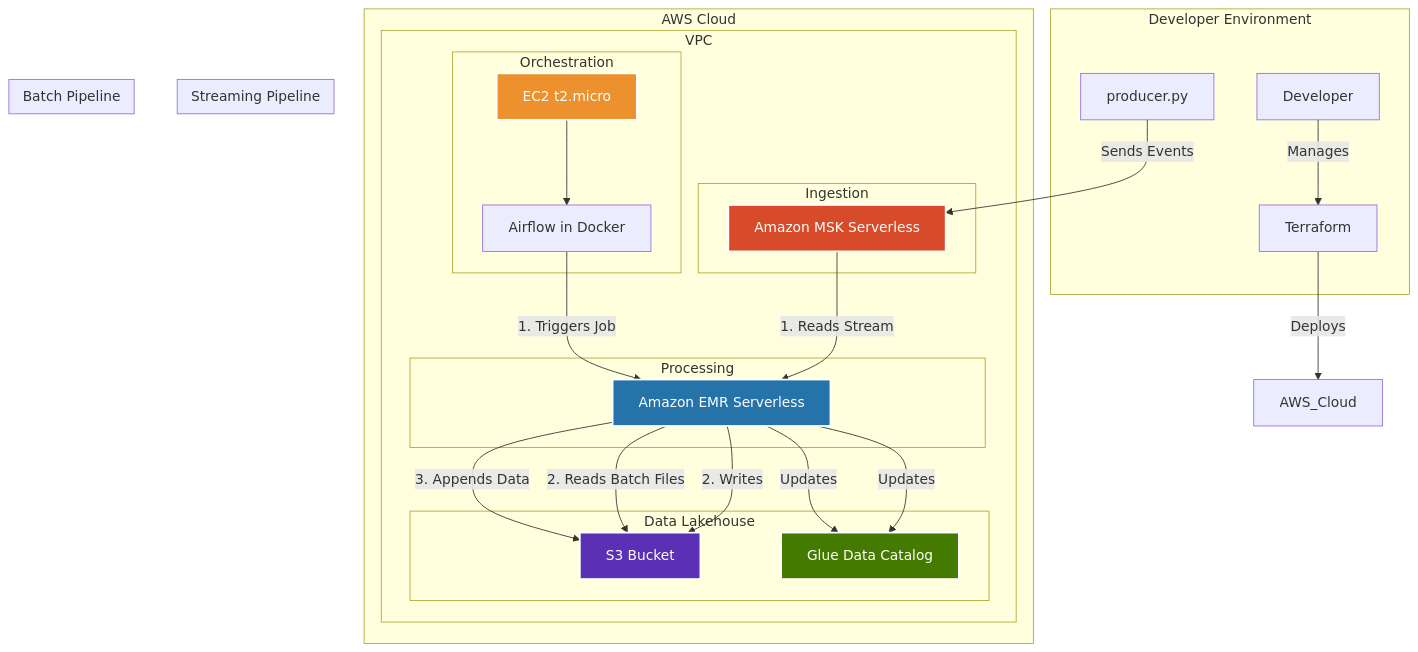
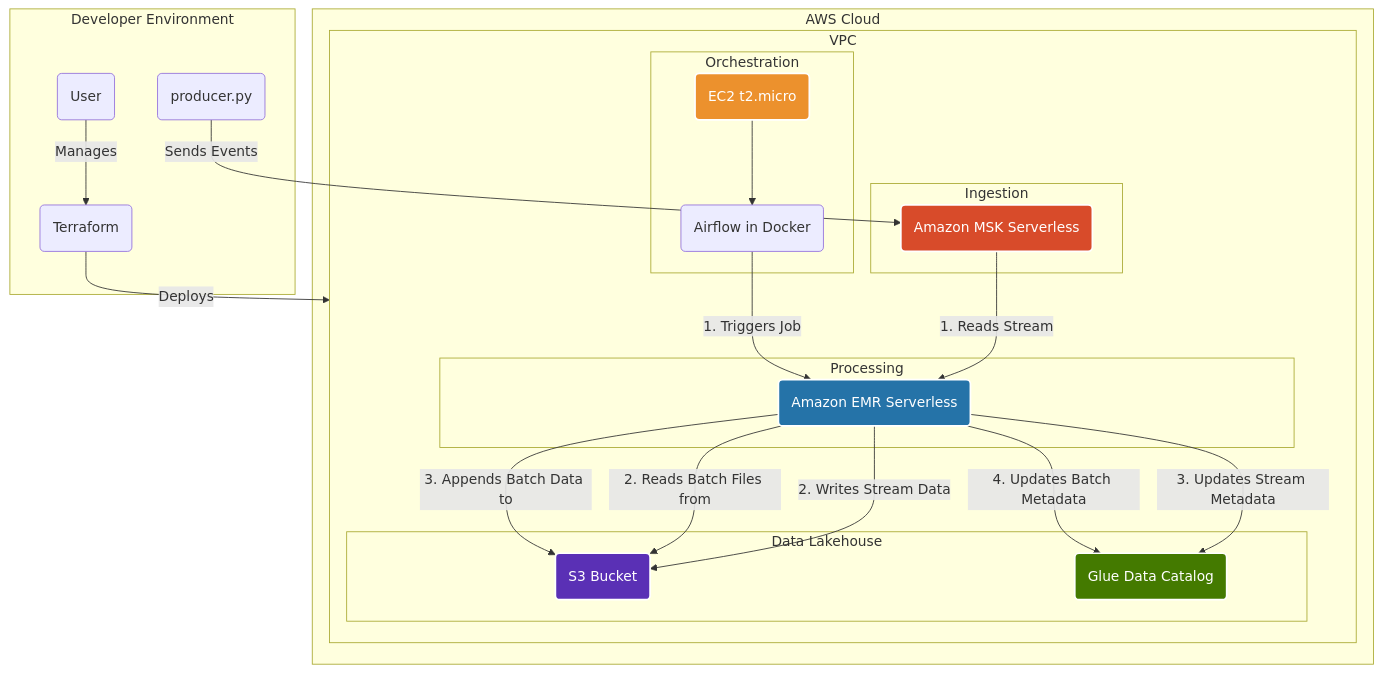
One commit to aakhavan/wikimedia-trend-engine-cloud changed the diagram in README.md. Above: the diagram before and after it, drawn with Mermaid.

Commit message:
Update README.md mermaid

````diff
--- a/README.md
+++ b/README.md
@@ -9,55 +9,54 @@
 ```mermaid
 graph TD
     subgraph "Developer Environment"
-        User[<fa:fa-user> Developer]
-        Terraform[<fa:fa-code> Terraform]
-        Producer[<fa:fa-python> producer.py]
+        User("User")
+        Terraform("Terraform")
+        Producer("producer.py")
     end
 
     subgraph "AWS Cloud"
         subgraph "VPC"
             subgraph "Ingestion"
-                MSK[<fa:fa-server> Amazon MSK Serverless]
+                MSK("Amazon MSK Serverless")
             end
 
             subgraph "Processing"
-                EMR[<fa:fa-cogs> Amazon EMR Serverless]
+                EMR("Amazon EMR Serverless")
             end
 
             subgraph "Orchestration"
-                EC2[<fa:fa-desktop> EC2 t2.micro] --> Airflow[<fa:fa-wind> Airflow in Docker]
+                EC2("EC2 t2.micro") --> Airflow("Airflow in Docker")
             end
 
             subgraph "Data Lakehouse"
-                S3[<fa:fa-database> S3 Bucket]
-                Glue[<fa:fa-table> Glue Data Catalog]
+                S3("S3 Bucket")
+                Glue("Glue Data Catalog")
             end
         end
     end
 
-    %% Define Flows
+    %% Define Top-Level Flows
     User -- "Manages" --> Terraform
-    Terraform -- "Deploys" --> AWS_Cloud
+    Terraform -- "Deploys" --> VPC
+
+    %% Streaming Pipeline Flow
     Producer -- "Sends Events" --> MSK
+    MSK -- "1. Reads Stream" --> EMR
+    EMR -- "2. Writes Stream Data" --> S3
+    EMR -- "3. Updates Stream Metadata" --> Glue
 
-    subgraph "Streaming Pipeline"
-        direction LR
-        MSK -->|1. Reads Stream| EMR
-        EMR -->|2. Writes| S3
-        EMR -- "Updates" --> Glue
-    end
+    %% Batch Pipeline Flow
+    Airflow -- "1. Triggers Job" --> EMR
+    EMR -- "2. Reads Batch Files from" --> S3
+    EMR -- "3. Appends Batch Data to" --> S3
+    EMR -- "4. Updates Batch Metadata" --> Glue
 
-    subgraph "Batch Pipeline"
-        direction LR
-        Airflow -- "1. Triggers Job" --> EMR
-        EMR -- "2. Reads Batch Files" --> S3
-        EMR -- "3. Appends Data" --> S3
-        EMR -- "Updates" --> Glue
-    end
 
+    %% Styling
     style S3 fill:#5A30B5,stroke:#fff,stroke-width:2px,color:#fff
     style Glue fill:#447A00,stroke:#fff,stroke-width:2px,color:#fff
     style MSK fill:#D84B2A,stroke:#fff,stroke-width:2px,color:#fff
     style EMR fill:#2573A8,stroke:#fff,stroke-width:2px,color:#fff
     style EC2 fill:#EC912D,stroke:#fff,stroke-width:2px,color:#fff
+
 ```
````
